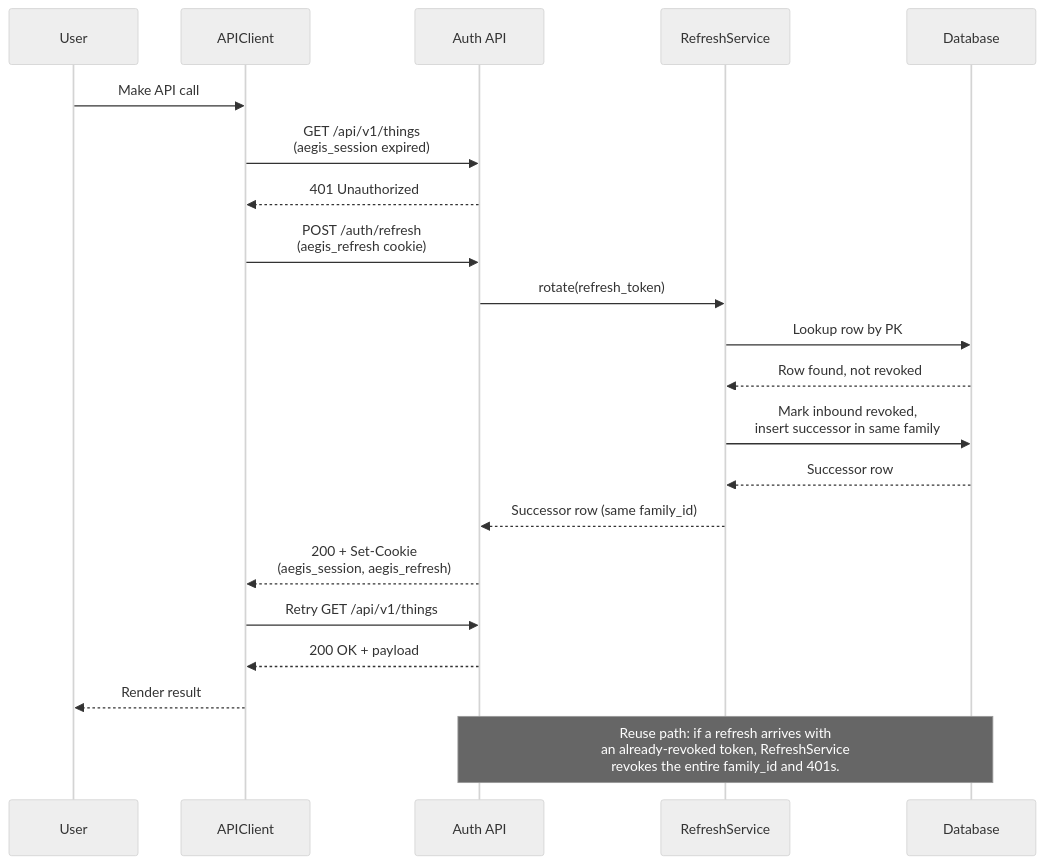
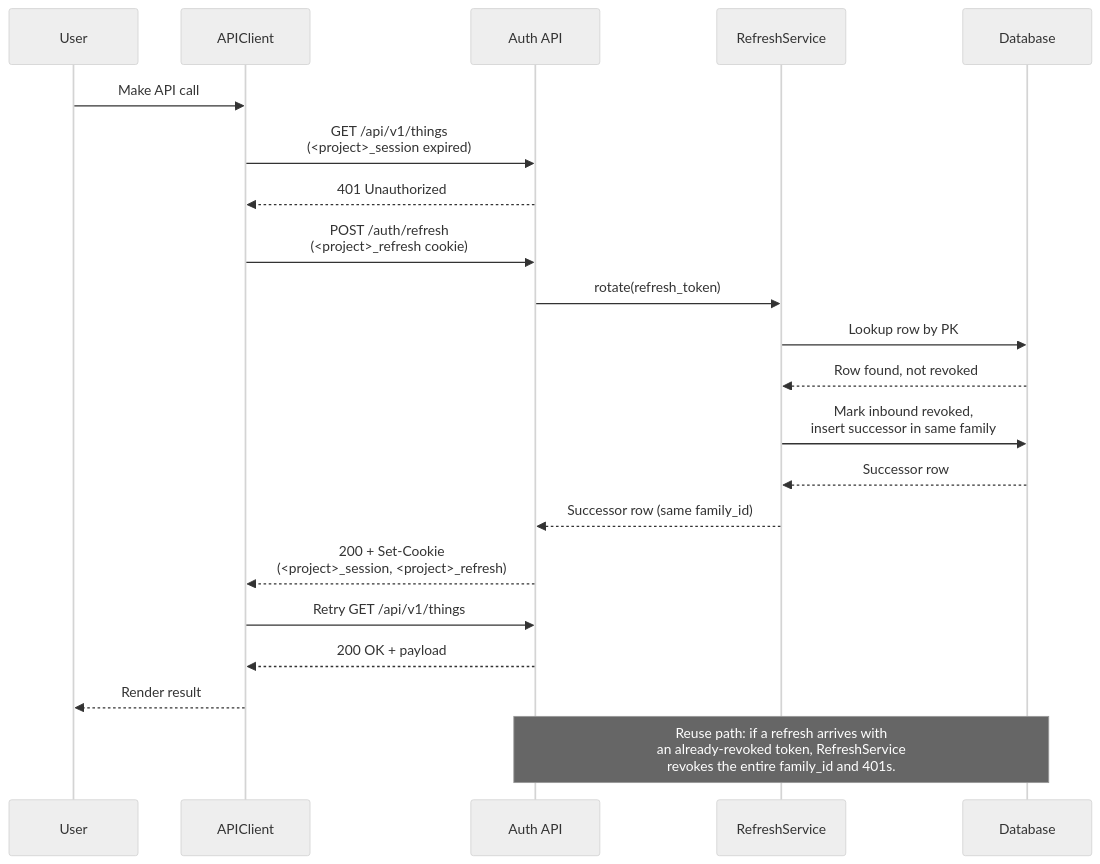
Before and after one commit to lbedner/aegis-stack: the third of 3 diagrams in docs/services/auth/index.md, drawn with Mermaid (neutral theme). The commit also changed other lines of this file and 73 other files, not shown here.

````diff
--- a/docs/services/auth/index.md
+++ b/docs/services/auth/index.md
@@ -161,25 +161,25 @@
 ```mermaid
 sequenceDiagram
     participant U as User
     participant C as APIClient
     participant A as Auth API
     participant R as RefreshService
     participant D as Database
 
     U->>C: Make API call
-    C->>A: GET /api/v1/things<br/>(aegis_session expired)
+    C->>A: GET /api/v1/things<br/>(<project>_session expired)
     A-->>C: 401 Unauthorized
-    C->>A: POST /auth/refresh<br/>(aegis_refresh cookie)
+    C->>A: POST /auth/refresh<br/>(<project>_refresh cookie)
     A->>R: rotate(refresh_token)
     R->>D: Lookup row by PK
     D-->>R: Row found, not revoked
     R->>D: Mark inbound revoked,<br/>insert successor in same family
     D-->>R: Successor row
     R-->>A: Successor row (same family_id)
-    A-->>C: 200 + Set-Cookie<br/>(aegis_session, aegis_refresh)
+    A-->>C: 200 + Set-Cookie<br/>(<project>_session, <project>_refresh)
     C->>A: Retry GET /api/v1/things
     A-->>C: 200 OK + payload
     C-->>U: Render result
 
     Note over A,D: Reuse path: if a refresh arrives with<br/>an already-revoked token, RefreshService<br/>revokes the entire family_id and 401s.
 ```
````
